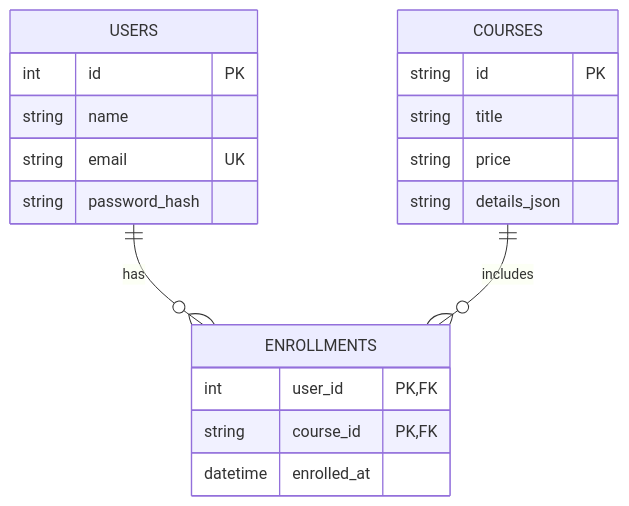
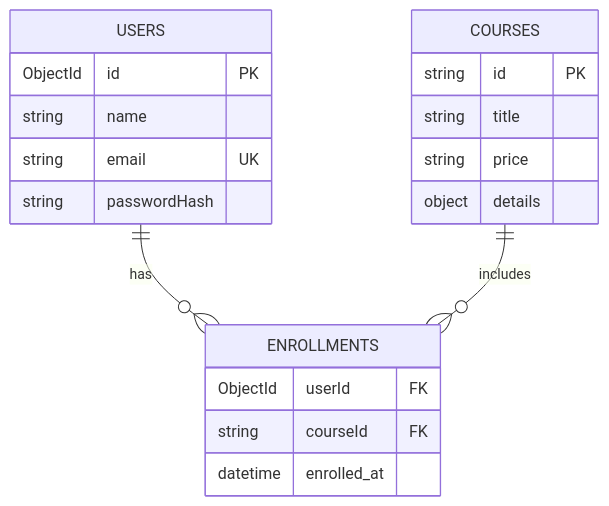
The diagram in README.md (vishalrajput04/CourseHub), drawn with Mermaid before and after one commit. The commit also changed other lines of this file and 19 other files, not shown here.

````diff
--- a/README.md
+++ b/README.md
@@ -137,22 +135,22 @@
 ```mermaid
 erDiagram
     USERS ||--o{ ENROLLMENTS : has
     COURSES ||--o{ ENROLLMENTS : includes
     USERS {
-        int id PK
+        ObjectId id PK
         string name
         string email UK
-        string password_hash
+        string passwordHash
     }
     COURSES {
         string id PK
         string title
         string price
-        string details_json
+        object details
     }
     ENROLLMENTS {
-        int user_id PK, FK
-        string course_id PK, FK
+        ObjectId userId FK
+        string courseId FK
         datetime enrolled_at
     }
 ```
````
